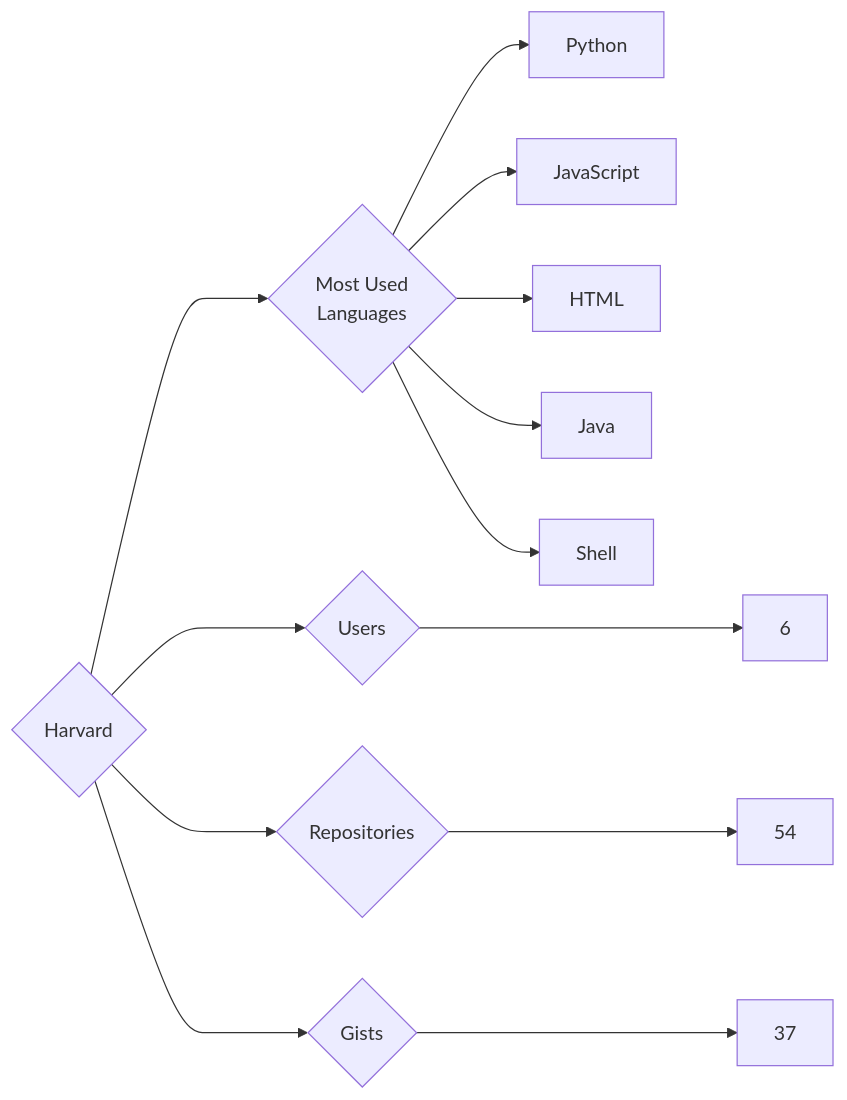
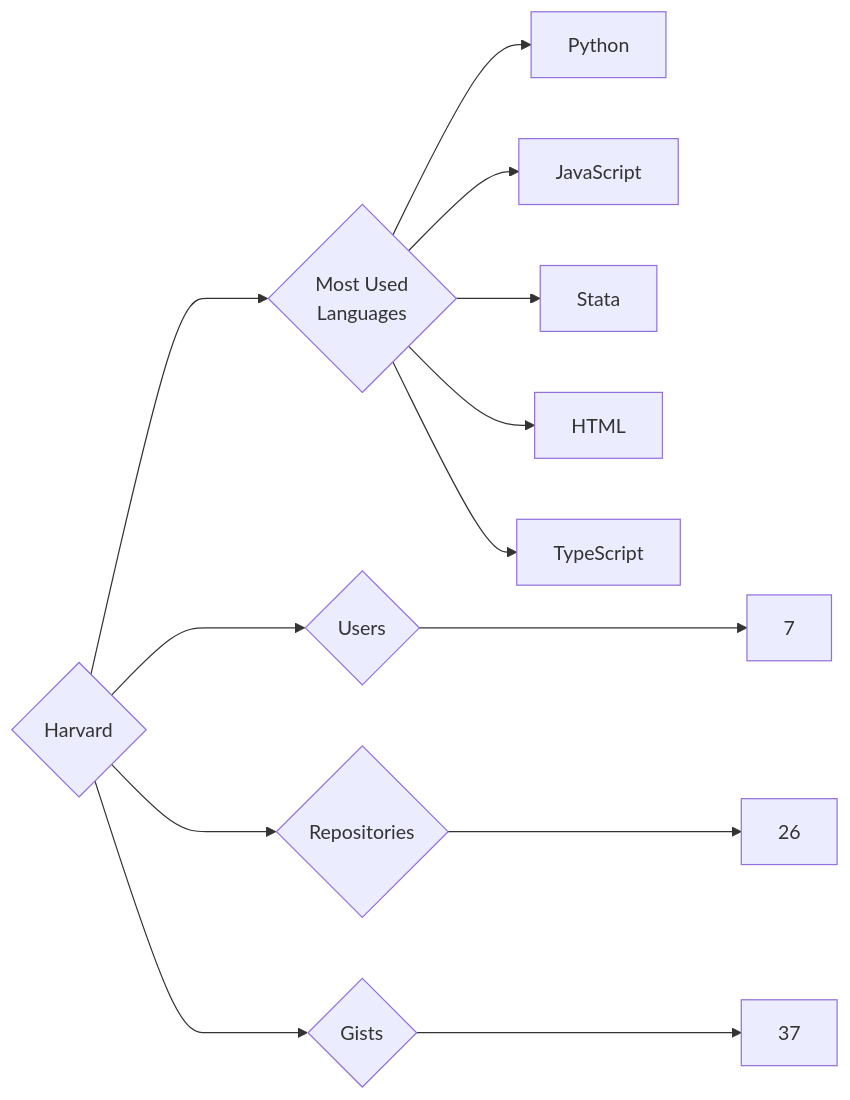
One commit to trickest/insiders changed the diagram in targets/Harvard/README.md. Above: the diagram before and after it, drawn with Mermaid. The commit also changed 874 other files, not shown here.

````diff
--- a/targets/Harvard/README.md
+++ b/targets/Harvard/README.md
@@ -3,13 +3,13 @@
 ```mermaid
 graph LR
 COMPANY_NAME{Harvard}
-COMPANY_NAME ---> U{Users} ---> UN[6]
-COMPANY_NAME ---> R{Repositories} ---> RN[54]
+COMPANY_NAME ---> U{Users} ---> UN[7]
+COMPANY_NAME ---> R{Repositories} ---> RN[26]
 COMPANY_NAME ---> G{Gists} ---> GN[37]
 COMPANY_NAME ---> ML{Most Used<br>Languages}
 ML --> Python[Python]
 ML --> JavaScript[JavaScript]
+ML --> Stata[Stata]
 ML --> HTML[HTML]
-ML --> Java[Java]
-ML --> Shell[Shell]
+ML --> TypeScript[TypeScript]
 ```
````
